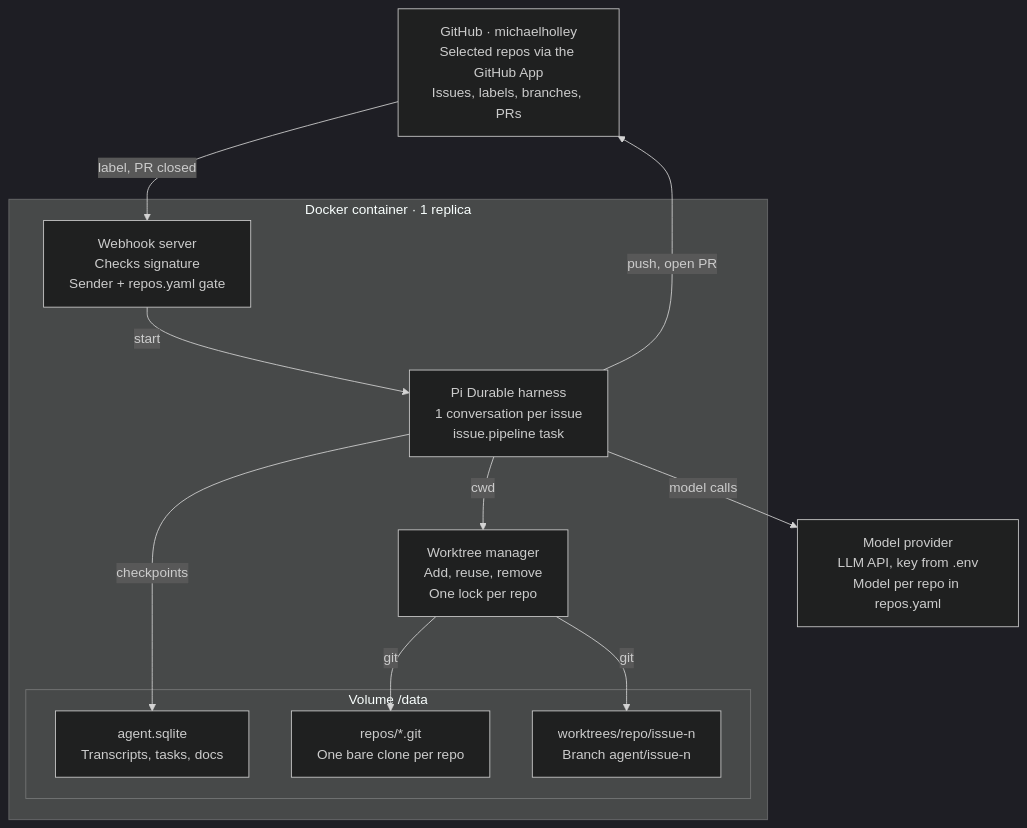
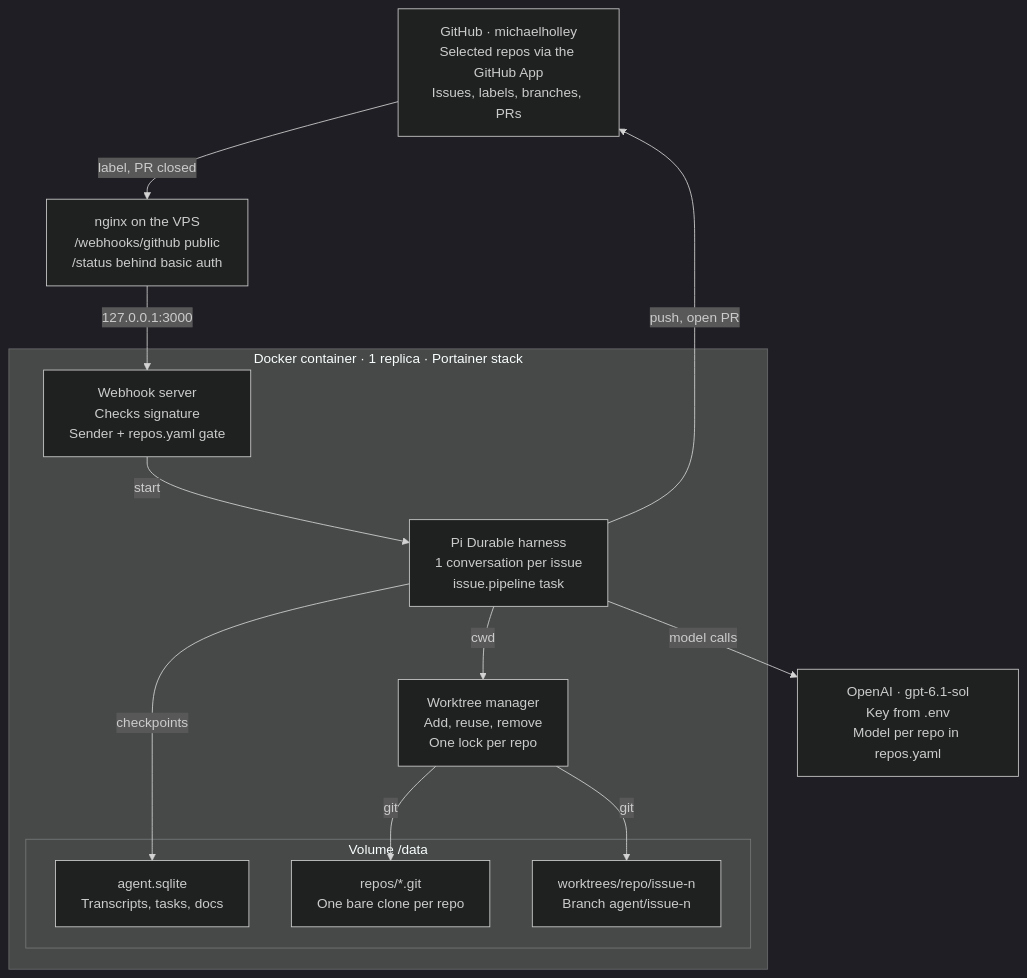
Before and after one commit to MichaelHolley/mike-factory: the diagram in PLAN.md, drawn with Mermaid (dark theme). The commit also changed other lines of this file, not shown here.

````diff
--- a/PLAN.md
+++ b/PLAN.md
@@ -26,26 +26,28 @@
 ```mermaid
 flowchart TB
     GH["GitHub · michaelholley<br/>Selected repos via the GitHub App<br/>Issues, labels, branches, PRs"]
-    LLM["Model provider<br/>LLM API, key from .env<br/>Model per repo in repos.yaml"]
+    LLM["OpenAI · gpt-6.1-sol<br/>Key from .env<br/>Model per repo in repos.yaml"]
+    NG["nginx on the VPS<br/>/webhooks/github public<br/>/status behind basic auth"]
 
-    subgraph C["Docker container · 1 replica"]
+    subgraph C["Docker container · 1 replica · Portainer stack"]
         WH["Webhook server<br/>Checks signature<br/>Sender + repos.yaml gate"]
         H["Pi Durable harness<br/>1 conversation per issue<br/>issue.pipeline task"]
         WM["Worktree manager<br/>Add, reuse, remove<br/>One lock per repo"]
 
         subgraph V["Volume /data"]
             DB["agent.sqlite<br/>Transcripts, tasks, docs"]
             BARE["repos/*.git<br/>One bare clone per repo"]
             WT["worktrees/repo/issue-n<br/>Branch agent/issue-n"]
         end
     end
 
-    GH -- "label, PR closed" --> WH
+    GH -- "label, PR closed" --> NG
+    NG -- "127.0.0.1:3000" --> WH
     WH -- start --> H
     H -- "push, open PR" --> GH
     H -- "model calls" --> LLM
     H -- cwd --> WM
     H -- checkpoints --> DB
     WM -- git --> BARE
     WM -- git --> WT
 ```
````
